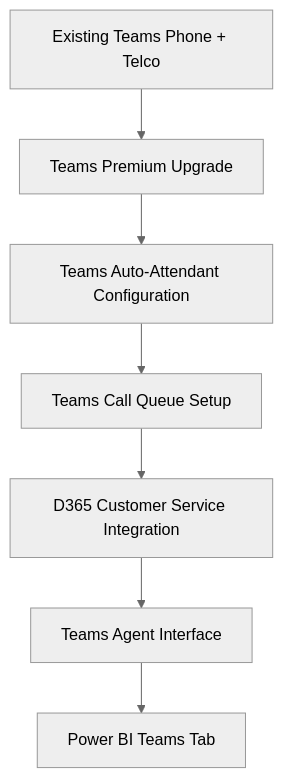
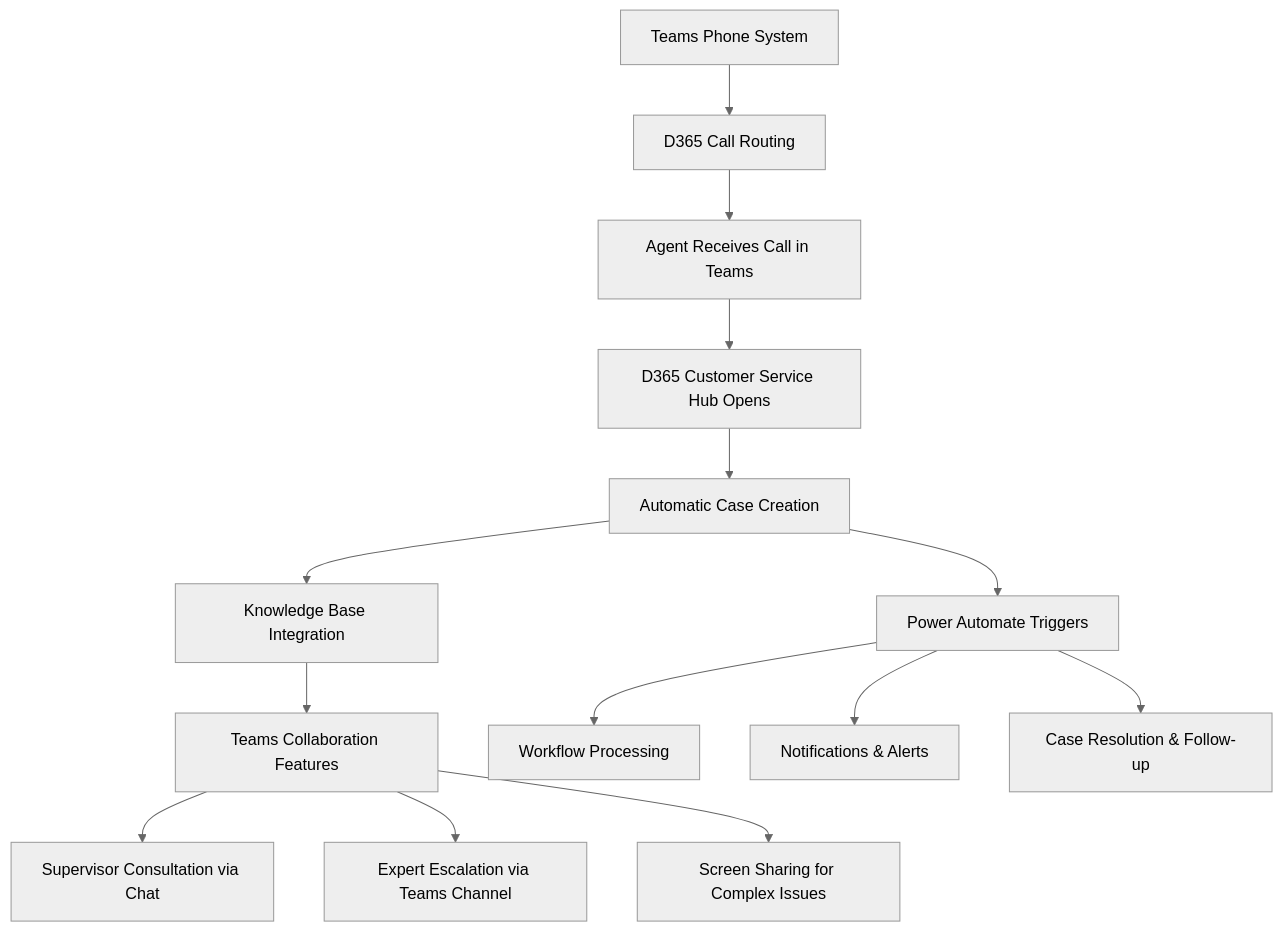
The eighth of 9 diagrams in docs/DCC/readme.md (Cloudstrucc/Public), drawn with Mermaid (neutral theme) before and after one commit. The commit also changed other lines of this file and 4 other files, not shown here.

````diff
--- a/docs/DCC/readme.md
+++ b/docs/DCC/readme.md
@@ -754,9 +879,18 @@
 ```mermaid
 graph TD
-    A[Existing Teams Phone + Telco] --> B[Teams Premium Upgrade]
-    B --> C[Teams Auto-Attendant Configuration]
-    C --> D[Teams Call Queue Setup]
-    D --> E[D365 Customer Service Integration]
-    E --> F[Teams Agent Interface]
-    F --> G[Power BI Teams Tab]
+    A[Teams Phone System] --> B[D365 Call Routing]
+    B --> C[Agent Receives Call in Teams]
+    C --> D[D365 Customer Service Hub Opens]
+    D --> E[Automatic Case Creation]
+    E --> F[Knowledge Base Integration]
+    F --> G[Teams Collaboration Features]
+    
+    G --> H[Supervisor Consultation via Chat]
+    G --> I[Expert Escalation via Teams Channel]
+    G --> J[Screen Sharing for Complex Issues]
+    
+    E --> K[Power Automate Triggers]
+    K --> L[Workflow Processing]
+    K --> M[Notifications & Alerts]
+    K --> N[Case Resolution & Follow-up]
 ```
````
